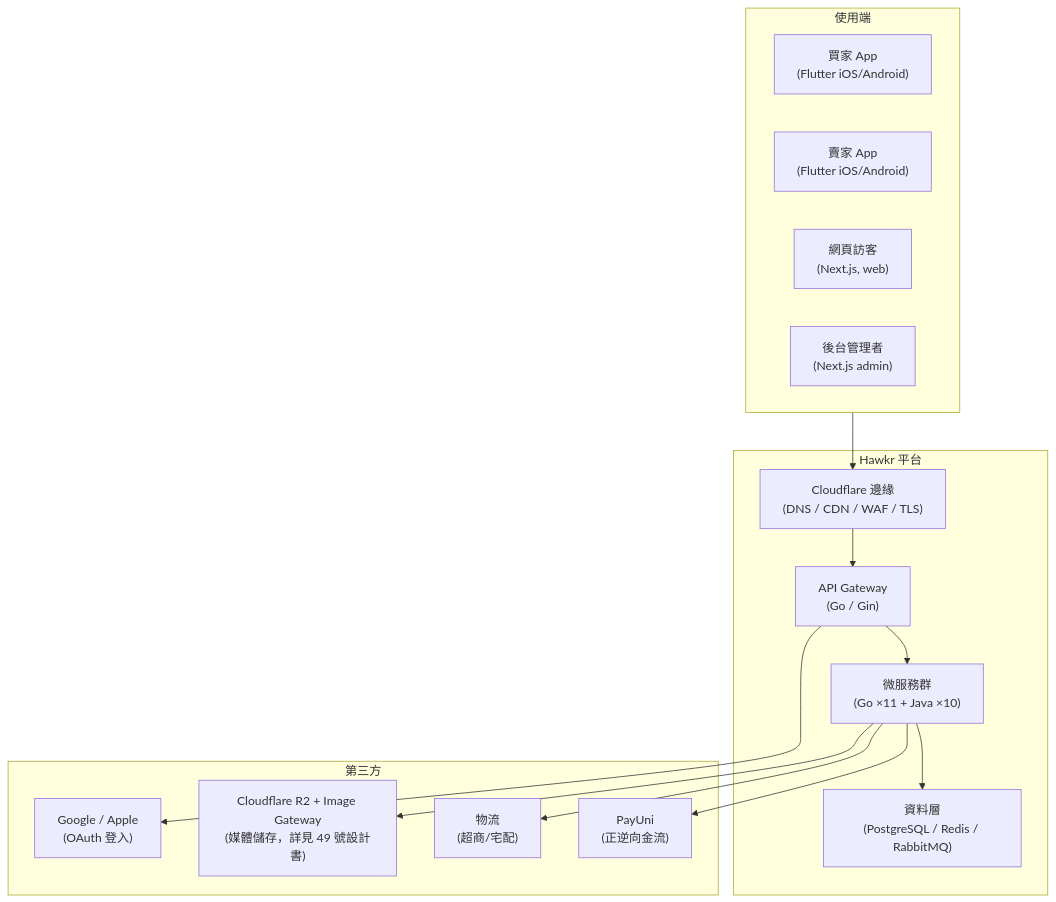
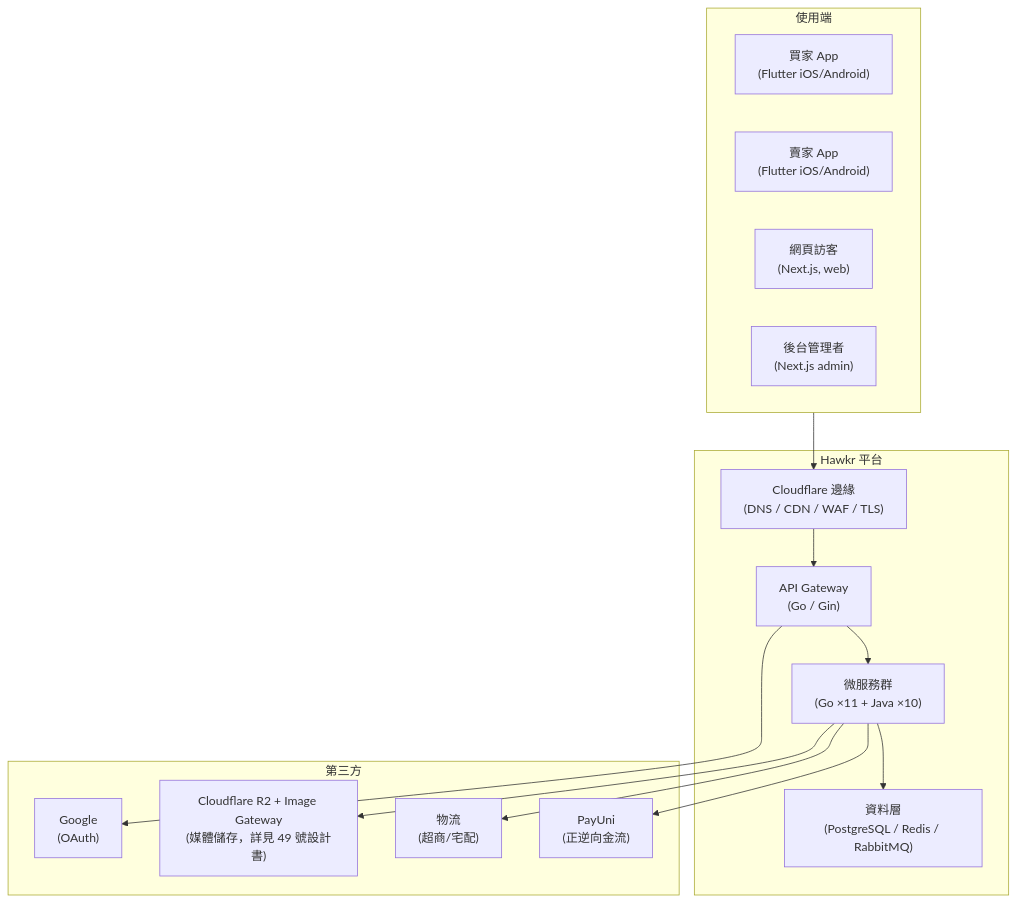
Before and after one commit to Will413028/hawkr: the first of 11 diagrams in backend/docs/基礎建設/系統架構與資料流向.md, drawn with Mermaid. The commit also changed 8 other files, not shown here.

````diff
--- a/backend/docs/基礎建設/系統架構與資料流向.md
+++ b/backend/docs/基礎建設/系統架構與資料流向.md
@@ -25,30 +25,30 @@
 ```mermaid
 flowchart TB
     subgraph clients["使用端"]
         buyer["買家 App<br/>(Flutter iOS/Android)"]
         seller["賣家 App<br/>(Flutter iOS/Android)"]
         web["網頁訪客<br/>(Next.js, web)"]
         admin["後台管理者<br/>(Next.js admin)"]
     end
 
     subgraph platform["Hawkr 平台"]
         edge["Cloudflare 邊緣<br/>(DNS / CDN / WAF / TLS)"]
         gw["API Gateway<br/>(Go / Gin)"]
         svc["微服務群<br/>(Go ×11 + Java ×10)"]
         data["資料層<br/>(PostgreSQL / Redis / RabbitMQ)"]
         edge --> gw --> svc --> data
     end
 
     subgraph third["第三方"]
         payuni["PayUni<br/>(正逆向金流)"]
         logistics["物流<br/>(超商/宅配)"]
-        oauth["Google / Apple<br/>(OAuth 登入)"]
+        oauth["Google<br/>(OAuth)"]
         r2["Cloudflare R2 + Image Gateway<br/>(媒體儲存，詳見 49 號設計書)"]
     end
 
     clients --> edge
     svc --> payuni
     svc --> logistics
     gw --> oauth
     svc --> r2
 ```
````
